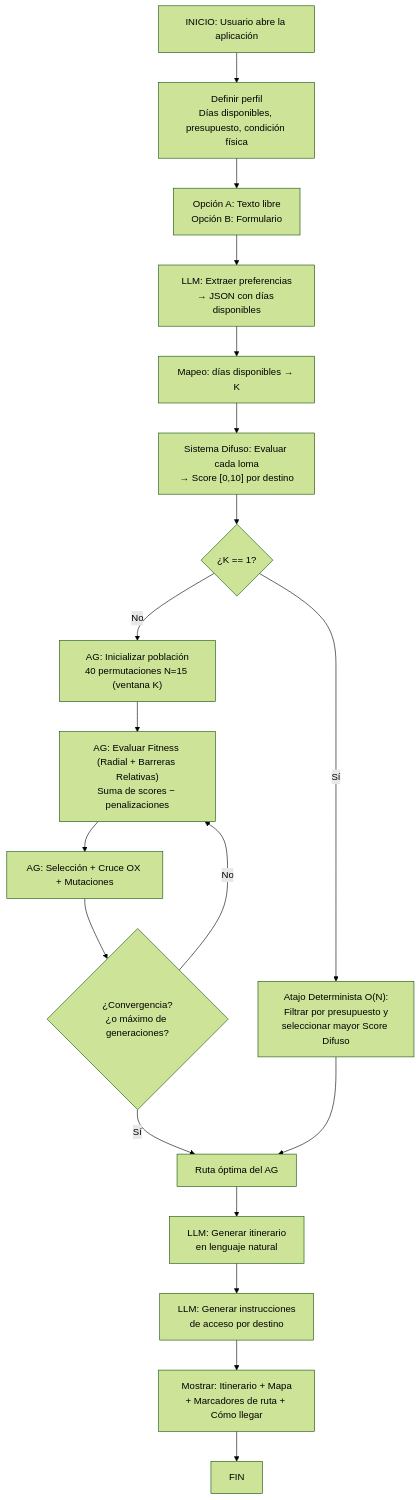
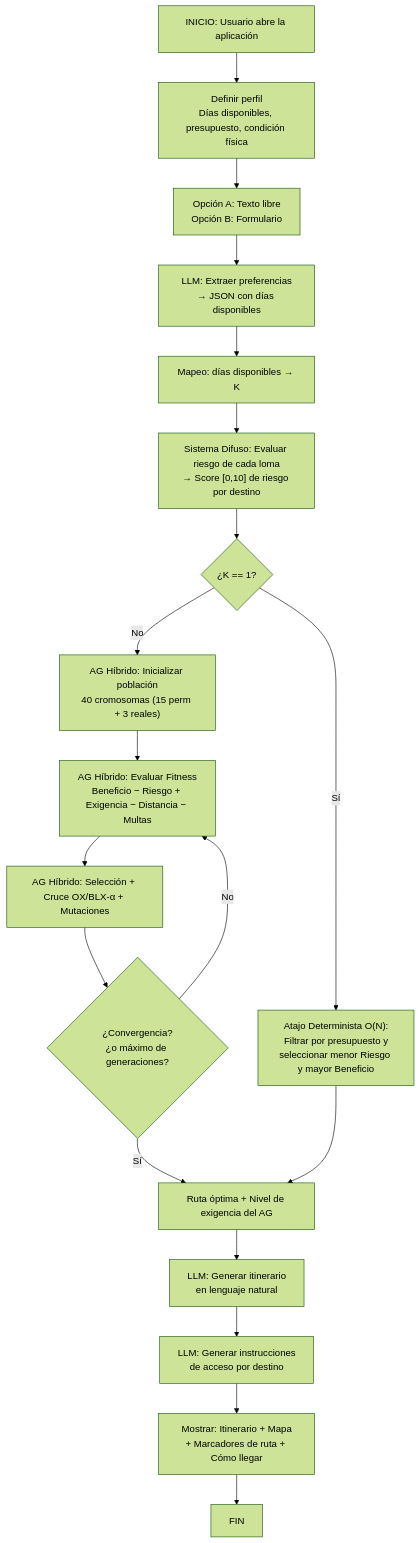
One commit to angel4luu/si-project-unmsm changed the third of 8 diagrams in README.md. Above: the diagram before and after it, drawn with Mermaid (forest theme). The commit also changed other lines of this file and 10 other files, not shown here.

````diff
--- a/README.md
+++ b/README.md
@@ -161,21 +161,21 @@
 ```mermaid
 flowchart TD
     A["INICIO: Usuario abre la aplicación"] --> B["Definir perfil<br/>Días disponibles, presupuesto, condición física"]
     B --> C["Opción A: Texto libre<br/>Opción B: Formulario"]
     C --> D["LLM: Extraer preferencias<br/>→ JSON con días disponibles"]
     D --> E["Mapeo: días disponibles → K"]
-    E --> F["Sistema Difuso: Evaluar cada loma<br/>→ Score [0,10] por destino"]
+    E --> F["Sistema Difuso: Evaluar riesgo de cada loma<br/>→ Score [0,10] de riesgo por destino"]
     F --> K_CHECK{"¿K == 1?"}
-    K_CHECK -->|Sí| SHORTCUT["Atajo Determinista O(N):<br/>Filtrar por presupuesto y<br/>seleccionar mayor Score Difuso"]
-    K_CHECK -->|No| G["AG: Inicializar población<br/>40 permutaciones N=15 (ventana K)"]
-    G --> H["AG: Evaluar Fitness (Radial + Barreras Relativas)<br/>Suma de scores − penalizaciones"]
-    H --> I["AG: Selección + Cruce OX + Mutaciones"]
+    K_CHECK -->|Sí| SHORTCUT["Atajo Determinista O(N):<br/>Filtrar por presupuesto y<br/>seleccionar menor Riesgo y mayor Beneficio"]
+    K_CHECK -->|No| G["AG Híbrido: Inicializar población<br/>40 cromosomas (15 perm + 3 reales)"]
+    G --> H["AG Híbrido: Evaluar Fitness<br/>Beneficio − Riesgo + Exigencia − Distancia − Multas"]
+    H --> I["AG Híbrido: Selección + Cruce OX/BLX-α + Mutaciones"]
     I --> J{"¿Convergencia?<br/>¿o máximo de generaciones?"}
     J -->|No| H
-    J -->|Sí| K["Ruta óptima del AG"]
+    J -->|Sí| K["Ruta óptima + Nivel de exigencia del AG"]
     SHORTCUT --> K
     K --> L["LLM: Generar itinerario<br/>en lenguaje natural"]
     L --> M["LLM: Generar instrucciones<br/>de acceso por destino"]
     M --> N["Mostrar: Itinerario + Mapa<br/>+ Marcadores de ruta + Cómo llegar"]
     N --> O["FIN"]
 ```
````
